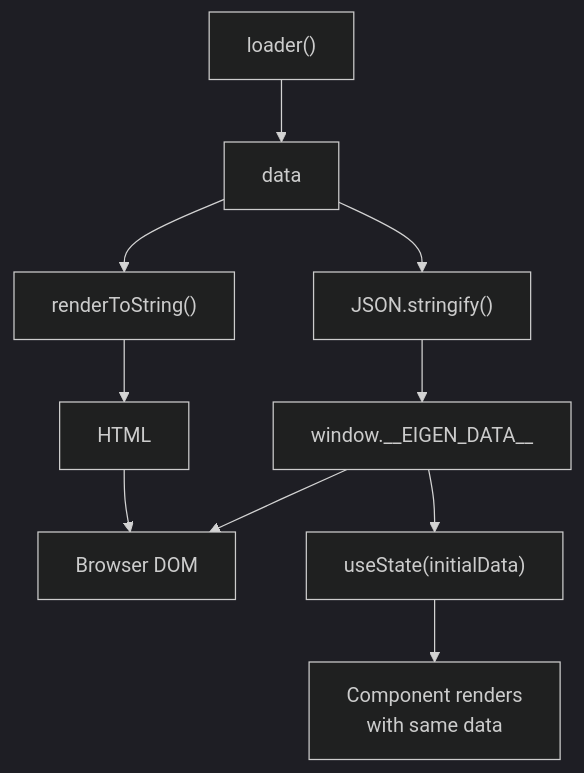
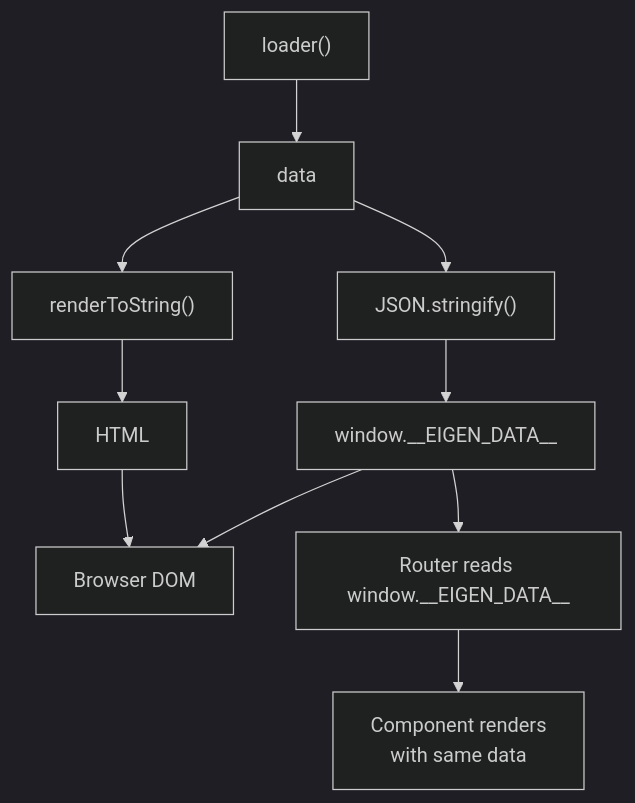
Before and after one commit to adamhake/eigen: the diagram in apps/tutorial/src/content/04-hydration.mdx, drawn with Mermaid (dark theme). The commit also changed other lines of this file and 42 other files, not shown here.

````diff
--- a/apps/tutorial/src/content/04-hydration.mdx
+++ b/apps/tutorial/src/content/04-hydration.mdx
@@ -147,12 +152,12 @@
 ```mermaid
 flowchart TD
     L["loader()"] --> D["data"]
     D --> R["renderToString()"]
     D --> S["JSON.stringify()"]
     R --> HTML
     S --> W["window.__EIGEN_DATA__"]
     HTML --> B["Browser DOM"]
     W --> B
-    W --> US["useState(initialData)"]
+    W --> US["Router reads window.__EIGEN_DATA__"]
     US --> C["Component renders\nwith same data"]
 ```
````
